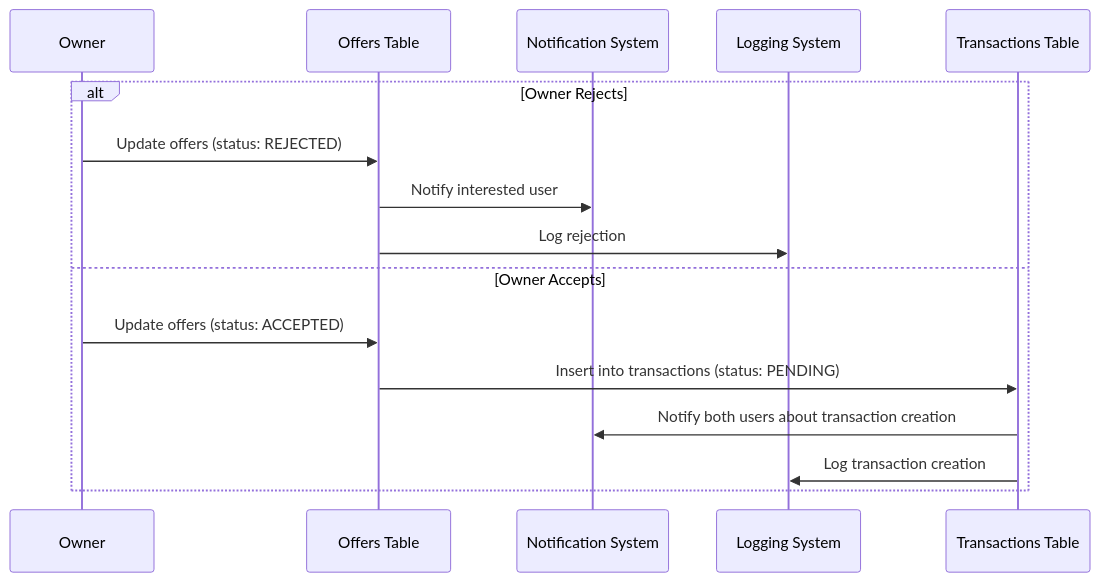
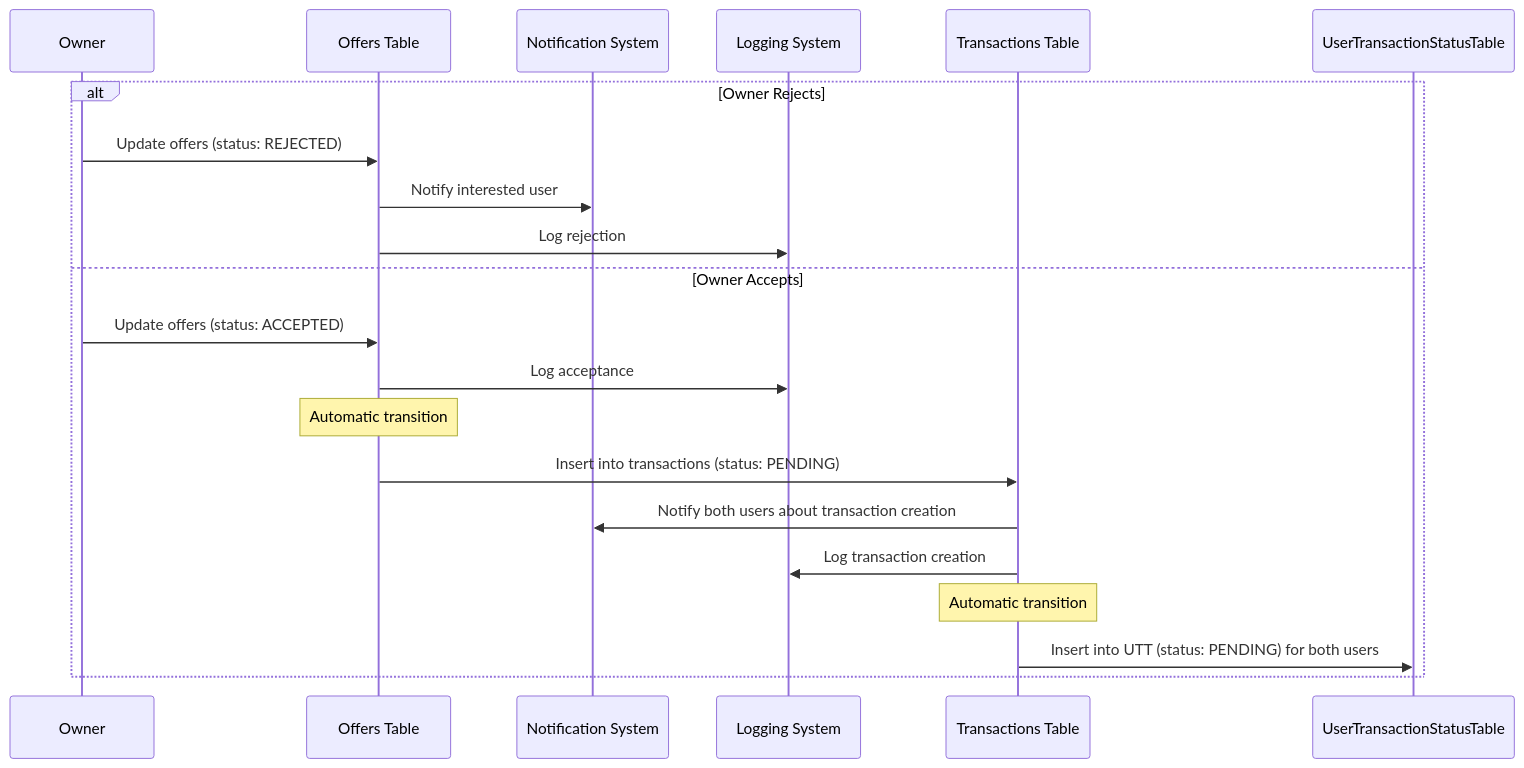
The third of 12 diagrams in documents/Exchange.flow.md (Loknong/book-exchange), drawn with Mermaid before and after one commit. The commit also changed other lines of this file, not shown here.

````diff
--- a/documents/Exchange.flow.md
+++ b/documents/Exchange.flow.md
@@ -123,19 +128,25 @@
 ```mermaid
 sequenceDiagram
     participant Owner
     participant OffersTable as Offers Table
     participant NotificationSystem as Notification System
     participant LoggingSystem as Logging System
     participant TransactionsTable as Transactions Table
 
     alt Owner Rejects
         Owner->>OffersTable: Update offers (status: REJECTED)
         OffersTable->>NotificationSystem: Notify interested user
         OffersTable->>LoggingSystem: Log rejection
     else Owner Accepts
         Owner->>OffersTable: Update offers (status: ACCEPTED)
+        OffersTable->>LoggingSystem: Log acceptance
+
+        note over OffersTable: Automatic transition
         OffersTable->>TransactionsTable: Insert into transactions (status: PENDING)
         TransactionsTable->>NotificationSystem: Notify both users about transaction creation
         TransactionsTable->>LoggingSystem: Log transaction creation
+
+        note over TransactionsTable: Automatic transition
+        TransactionsTable->>UserTransactionStatusTable: Insert into UTT (status: PENDING) for both users
     end
 ```
````
